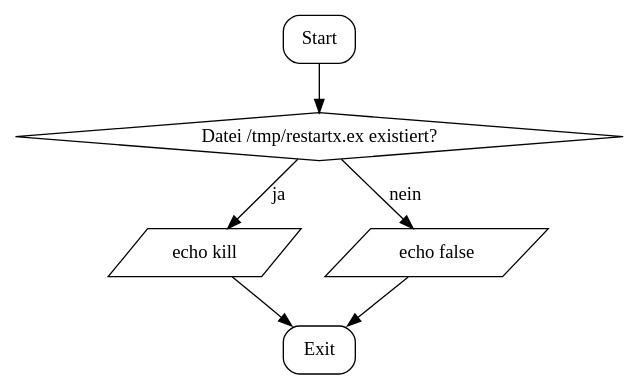
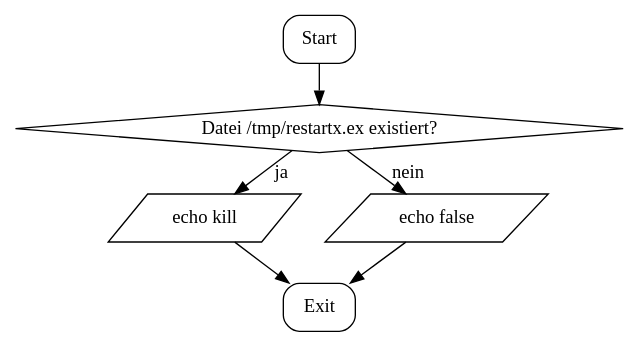
Before and after one commit to SIS-Team/SIS-Doc: the diagram in images/flowcharts/restart.dot, drawn with Graphviz. The commit also changed 2 other files, not shown here.

Commit message:
let's change the flowcharts

```diff
--- a/images/flowcharts/restart.dot
+++ b/images/flowcharts/restart.dot
@@ -1,16 +1,17 @@
 digraph flowchart {
 	rankdir=TB;
+	ranksep="0.1 equally";
 
 	Start[shape="box", style=rounded];
 	Exit[shape="box", style=rounded];
 	"Datei /tmp/restartx.ex existiert?"[shape="diamond", style=""];
 	
 	node[shape="parallelogram", style=""]
 	
 	Start -> "Datei /tmp/restartx.ex existiert?";
 	"Datei /tmp/restartx.ex existiert?" -> "echo kill"[label="ja"];
 	"Datei /tmp/restartx.ex existiert?" -> "echo false"[label="nein"];
 	"echo kill" -> Exit;
 	"echo false" -> Exit;
 	
 }
```
